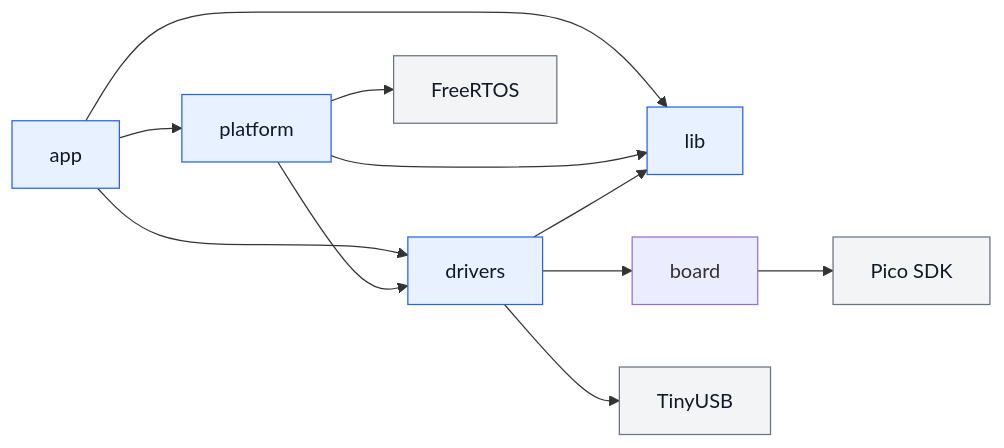
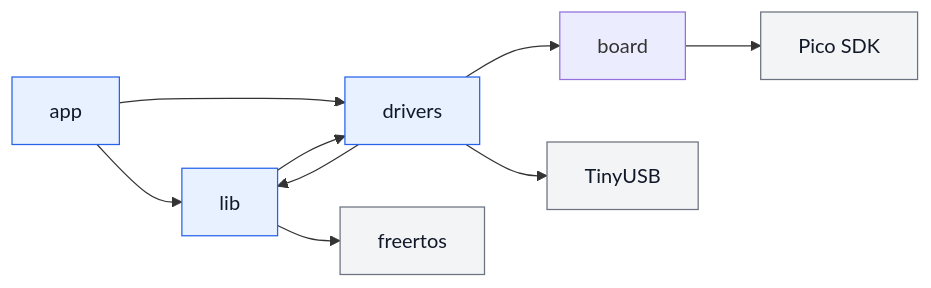
Before and after one commit to starkensan/usb_midi_pedal: the diagram in docs/designs/architecture.md, drawn with Mermaid. The commit also changed other lines of this file and 29 other files, not shown here.

````diff
--- a/docs/designs/architecture.md
+++ b/docs/designs/architecture.md
@@ -99,18 +89,16 @@
 ```mermaid
 flowchart LR
     app[app] --> lib[lib]
-    app --> platform[platform]
     app --> drivers[drivers]
-    platform --> lib
-    platform --> drivers
-    platform --> freertos[FreeRTOS]
+    lib --> freertos
+    lib --> drivers
     drivers --> lib
     drivers --> board[board]
     board --> pico[Pico SDK]
     drivers --> tinyusb[TinyUSB]
 
     classDef internal fill:#e8f1ff,stroke:#2563eb,color:#111827
     classDef external fill:#f3f4f6,stroke:#6b7280,color:#111827
-    class app,lib,platform,drivers internal
+    class app,lib,drivers internal
     class freertos,pico,tinyusb external
 ```
````
